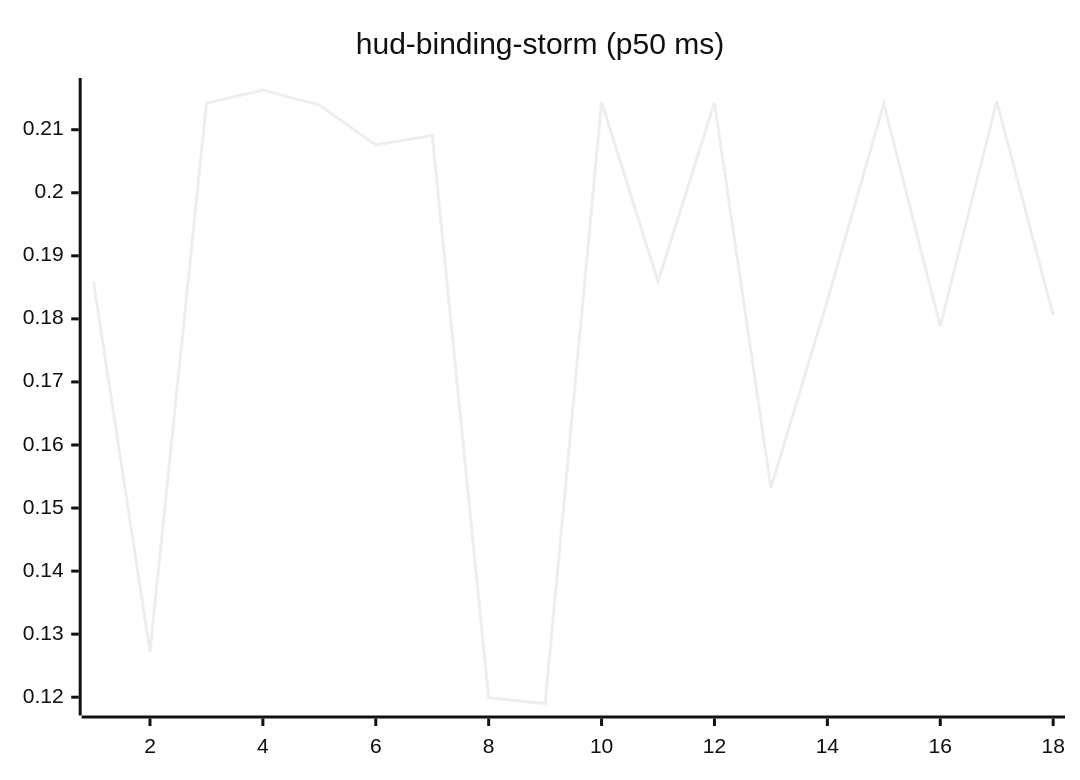
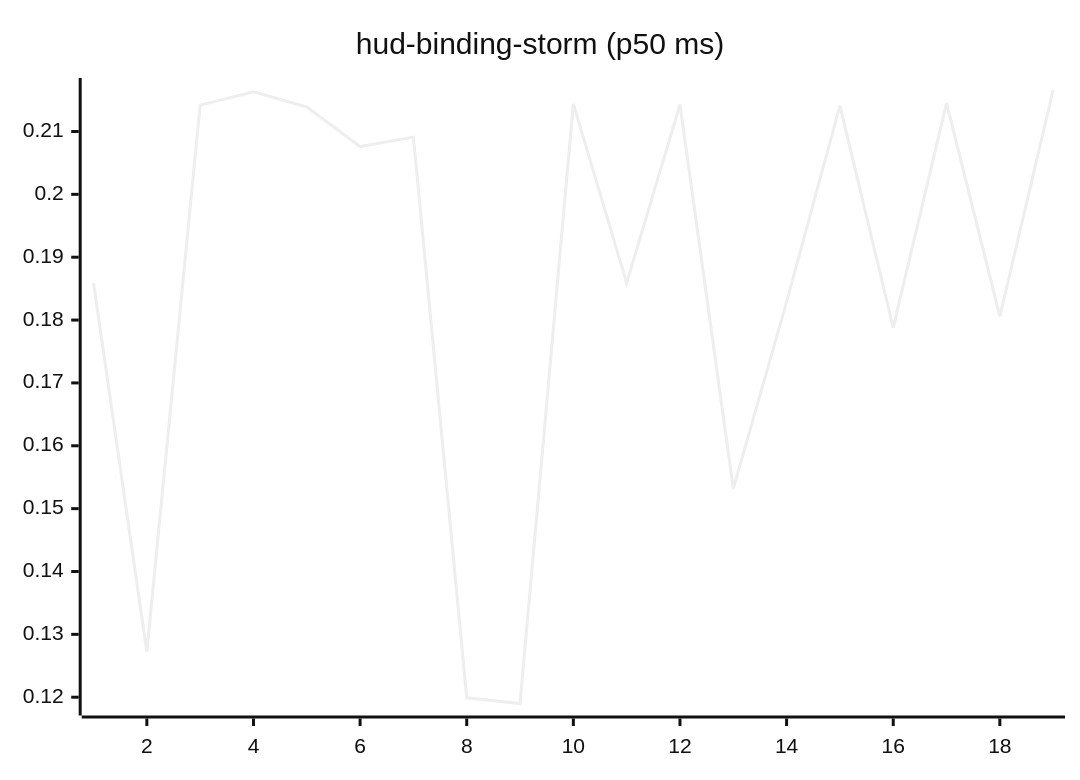
Before and after one commit to josha/Facet: the tenth of 27 diagrams in README.md, drawn with Mermaid (neutral theme). The commit also changed other lines of this file and 2 other files, not shown here.

````diff
--- a/README.md
+++ b/README.md
@@ -126,6 +126,6 @@
 ```mermaid
 xychart-beta
     title "hud-binding-storm (p50 ms)"
-    x-axis 1 --> 18
-    line [0.1859, 0.1272, 0.2142, 0.2163, 0.2139, 0.2076, 0.2091, 0.1199, 0.1190, 0.2144, 0.1859, 0.2143, 0.1532, 0.1829, 0.2141, 0.1788, 0.2145, 0.1806]
+    x-axis 1 --> 19
+    line [0.1859, 0.1272, 0.2142, 0.2163, 0.2139, 0.2076, 0.2091, 0.1199, 0.1190, 0.2144, 0.1859, 0.2143, 0.1532, 0.1829, 0.2141, 0.1788, 0.2145, 0.1806, 0.2166]
 ```
````
